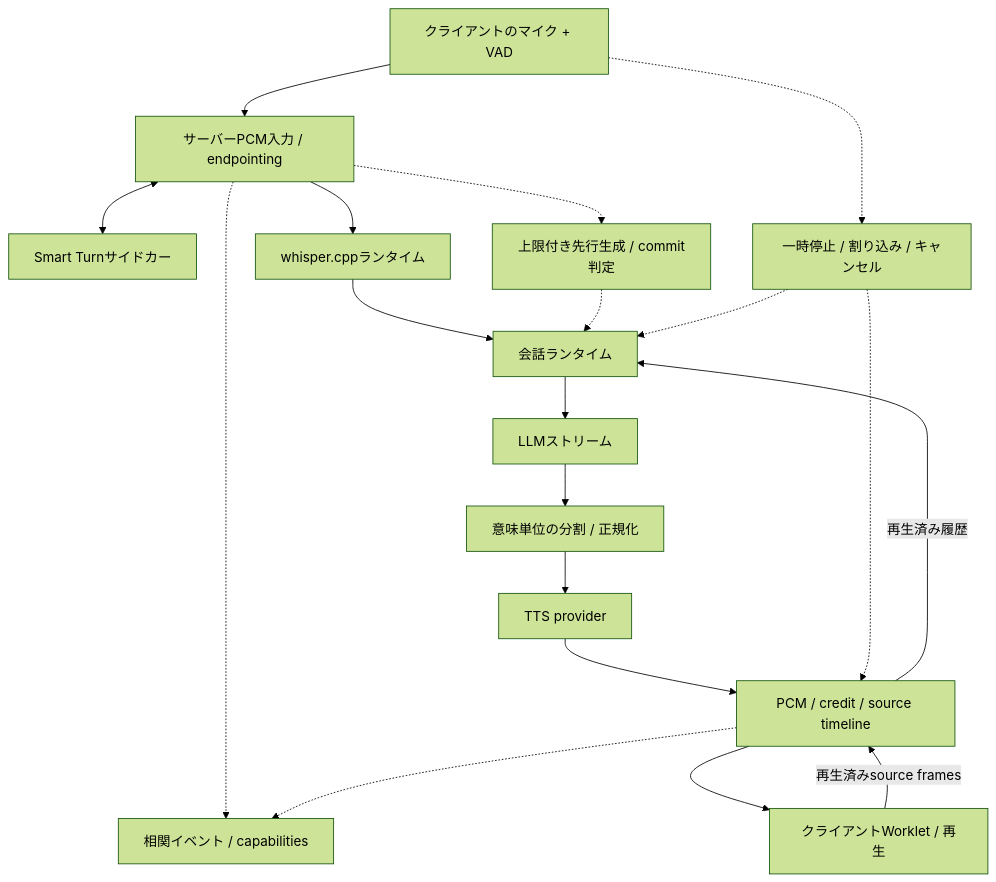
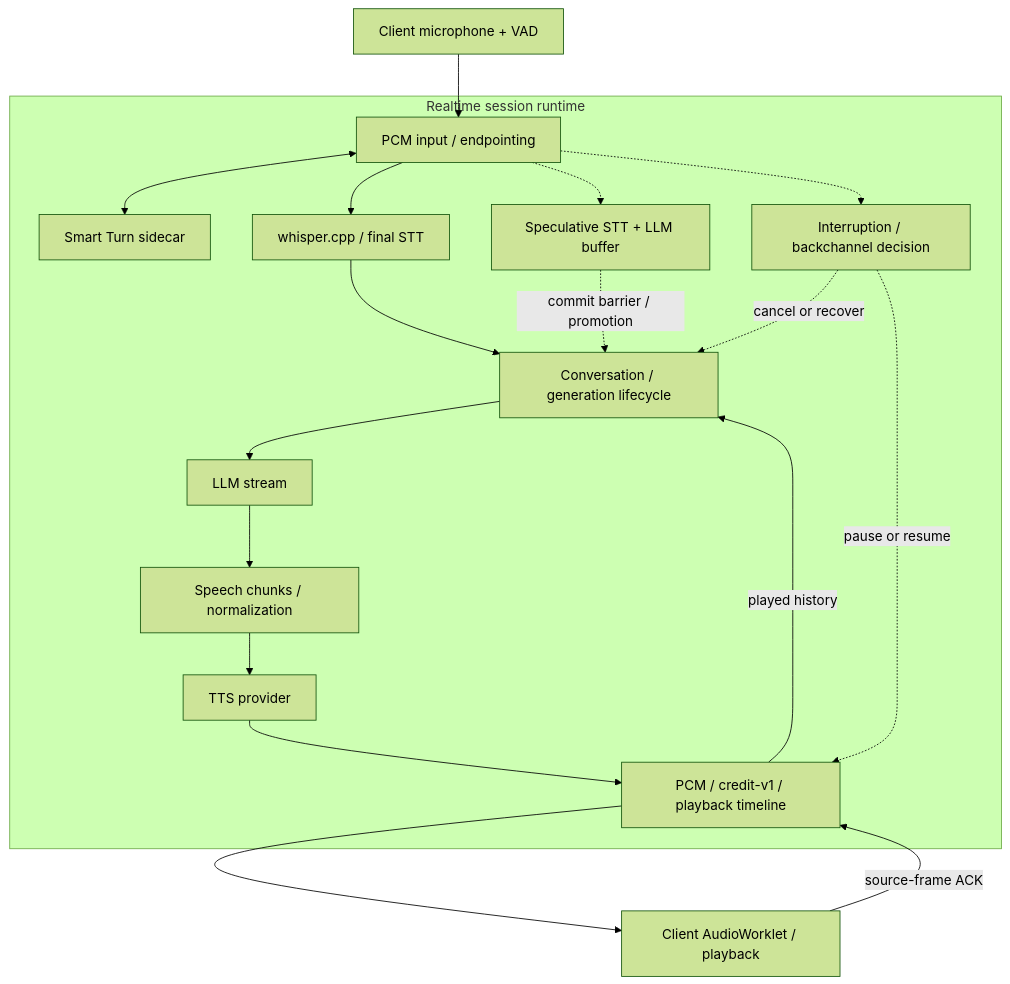
The diagram in README.ja.md (uthuyomi/yukkuri-realtime-engine), drawn with Mermaid (forest theme) before and after one commit. The commit also changed other lines of this file and 1 other file, not shown here.

````diff
--- a/README.ja.md
+++ b/README.ja.md
@@ -25,21 +34,21 @@
 ```mermaid
 flowchart TD
-  Mic[クライアントのマイク + VAD] --> Input[サーバーPCM入力 / endpointing]
-  Input <--> Turn[Smart Turnサイドカー]
-  Input --> STT[whisper.cppランタイム]
-  STT --> Conv[会話ランタイム]
-  Conv --> LLM[LLMストリーム]
-  LLM --> Speech[意味単位の分割 / 正規化]
-  Speech --> TTS[TTS provider]
-  TTS --> PCM[PCM / credit / source timeline]
-  PCM --> Player[クライアントWorklet / 再生]
-  Player -->|再生済みsource frames| PCM
-  PCM -->|再生済み履歴| Conv
-  Input -.-> Spec[上限付き先行生成 / commit判定]
-  Spec -.-> Conv
-  Mic -.-> Interrupt[一時停止 / 割り込み / キャンセル]
-  Interrupt -.-> PCM
-  Interrupt -.-> Conv
-  Input -.-> Events[相関イベント / capabilities]
-  PCM -.-> Events
+  Mic["Client microphone + VAD"] --> Input
+  subgraph Runtime["Realtime session runtime"]
+    Input["PCM input / endpointing"] <--> Turn["Smart Turn sidecar"]
+    Input --> STT["whisper.cpp / final STT"]
+    STT --> Conv["Conversation / generation lifecycle"]
+    Conv --> LLM["LLM stream"]
+    LLM --> Speech["Speech chunks / normalization"]
+    Speech --> TTS["TTS provider"]
+    TTS --> PCM["PCM / credit-v1 / playback timeline"]
+    Input -.-> Spec["Speculative STT + LLM buffer"]
+    Spec -.->|commit barrier / promotion| Conv
+    Input -.-> Interrupt["Interruption / backchannel decision"]
+    Interrupt -.->|cancel or recover| Conv
+    Interrupt -.->|pause or resume| PCM
+  end
+  PCM --> Player["Client AudioWorklet / playback"]
+  Player -->|source-frame ACK| PCM
+  PCM -->|played history| Conv
 ```
````
